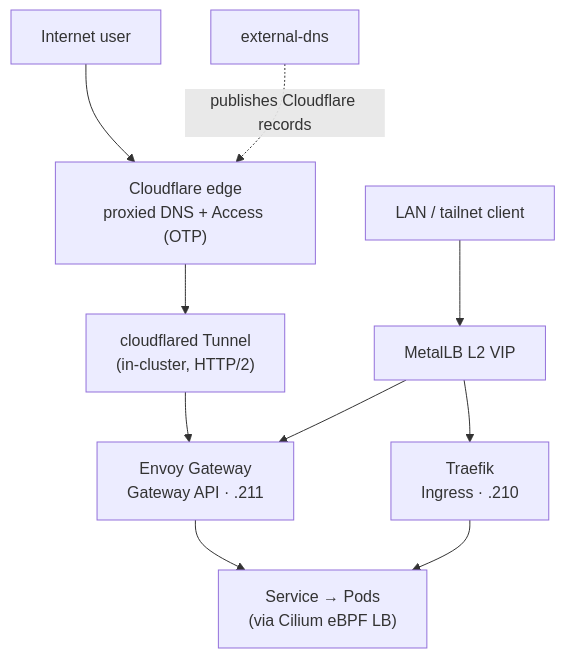
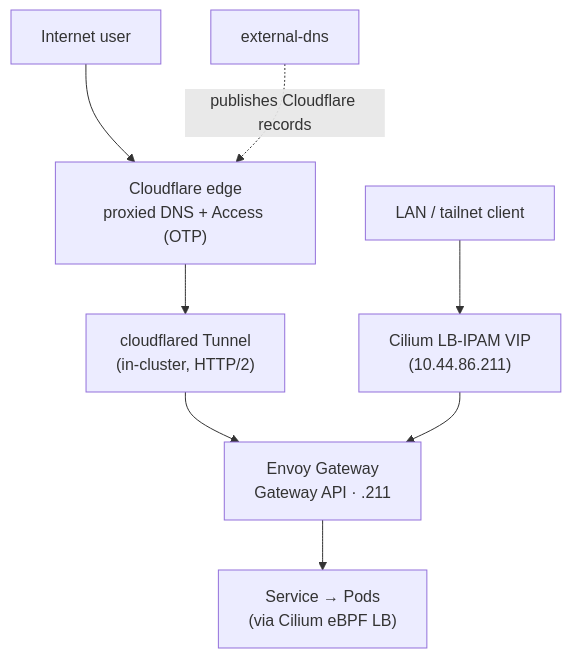
One commit to VitruvianSoftware/vitruvian-core changed the fourth of 5 diagrams in docs/infrastructure/dev-local-cluster.md. Above: the diagram before and after it, drawn with Mermaid. The commit also changed other lines of this file and 5 other files, not shown here.

First line of the commit message:
docs(platform): update architecture documentation for Envoy Gateway & Traefik decommissioning

````diff
--- a/docs/infrastructure/dev-local-cluster.md
+++ b/docs/infrastructure/dev-local-cluster.md
@@ -163,12 +161,10 @@
 ```mermaid
 flowchart TB
     u1["Internet user"] --> cfe["Cloudflare edge<br/>proxied DNS + Access (OTP)"]
     cfe --> tun["cloudflared Tunnel<br/>(in-cluster, HTTP/2)"]
-    u2["LAN / tailnet client"] --> vip["MetalLB L2 VIP"]
+    u2["LAN / tailnet client"] --> vip["Cilium LB-IPAM VIP<br/>(10.44.86.211)"]
     tun --> eg["Envoy Gateway<br/>Gateway API · .211"]
     vip --> eg
-    vip --> tf["Traefik<br/>Ingress · .210"]
     eg --> svc["Service → Pods<br/>(via Cilium eBPF LB)"]
-    tf --> svc
     edns["external-dns"] -. publishes Cloudflare records .-> cfe
 ```
````
